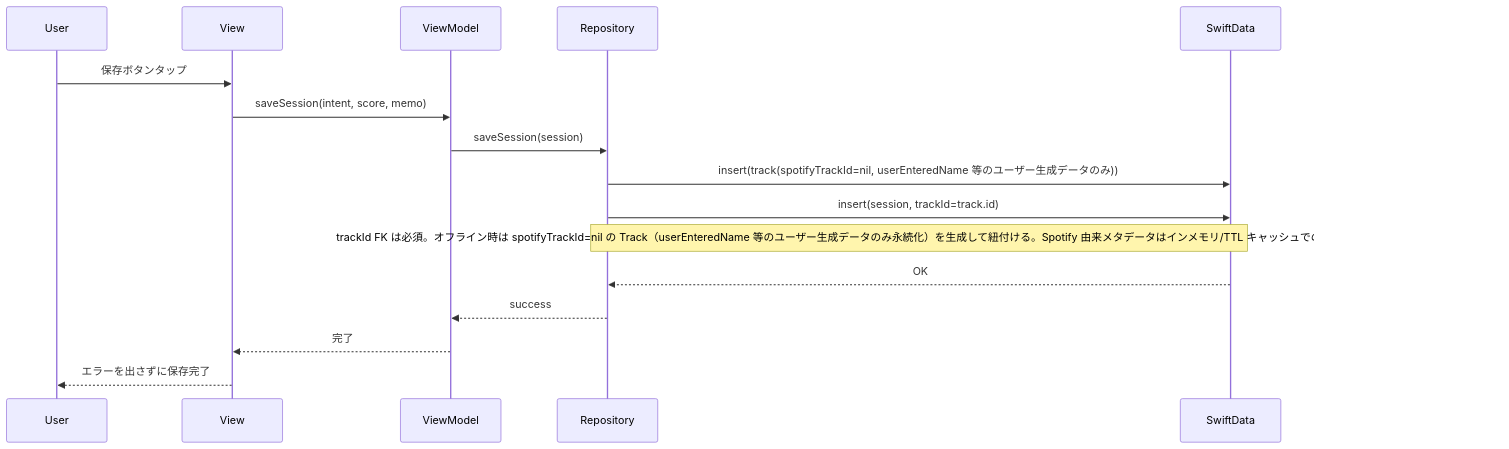
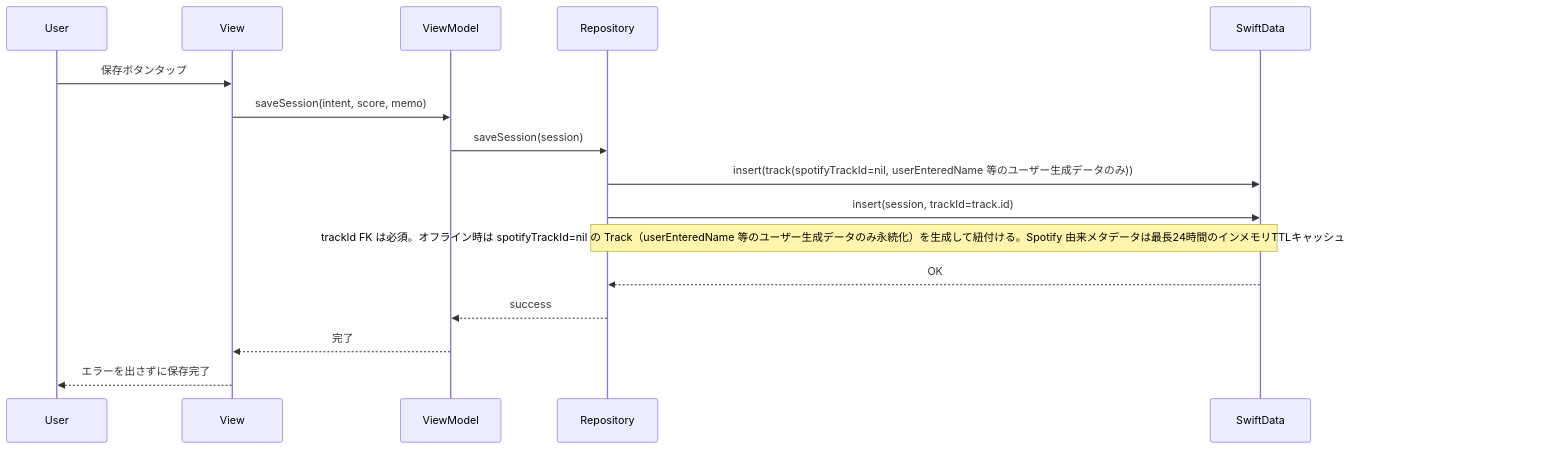
The second of 7 diagrams in docs/detailed_design.md (omomi-moti/Karaoke_support), drawn with Mermaid before and after one commit. The commit also changed other lines of this file, not shown here.

````diff
--- a/docs/detailed_design.md
+++ b/docs/detailed_design.md
@@ -50,19 +50,19 @@
 ```mermaid
 sequenceDiagram
     participant User
     participant View
     participant ViewModel
     participant Repository
     participant SwiftData
 
     User->>View: 保存ボタンタップ
     View->>ViewModel: saveSession(intent, score, memo)
     ViewModel->>Repository: saveSession(session)
     Repository->>SwiftData: insert(track(spotifyTrackId=nil, userEnteredName 等のユーザー生成データのみ))
     Repository->>SwiftData: insert(session, trackId=track.id)
-    Note over Repository,SwiftData: trackId FK は必須。オフライン時は spotifyTrackId=nil の Track（userEnteredName 等のユーザー生成データのみ永続化）を生成して紐付ける。Spotify 由来メタデータはインメモリ/TTL キャッシュでのみ保持し、SwiftData へ永続化しない
+    Note over Repository,SwiftData: trackId FK は必須。オフライン時は spotifyTrackId=nil の Track（userEnteredName 等のユーザー生成データのみ永続化）を生成して紐付ける。Spotify 由来メタデータは最長24時間のインメモリTTLキャッシュでのみ保持し、SwiftData へ永続化しない
     SwiftData-->>Repository: OK
     Repository-->>ViewModel: success
     ViewModel-->>View: 完了
     View-->>User: エラーを出さずに保存完了
 ```
````
